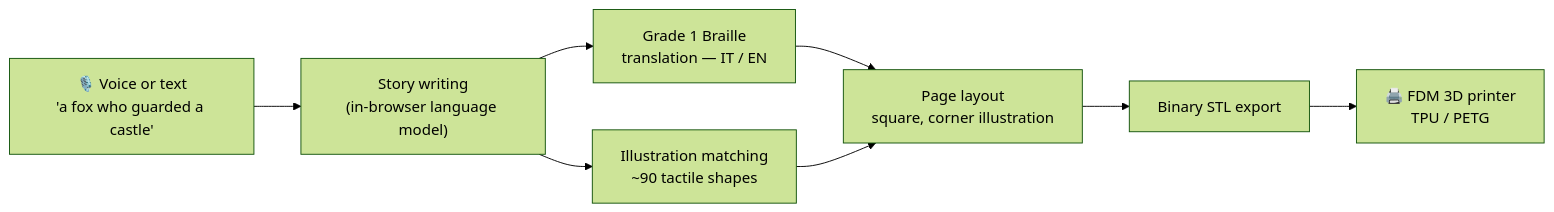
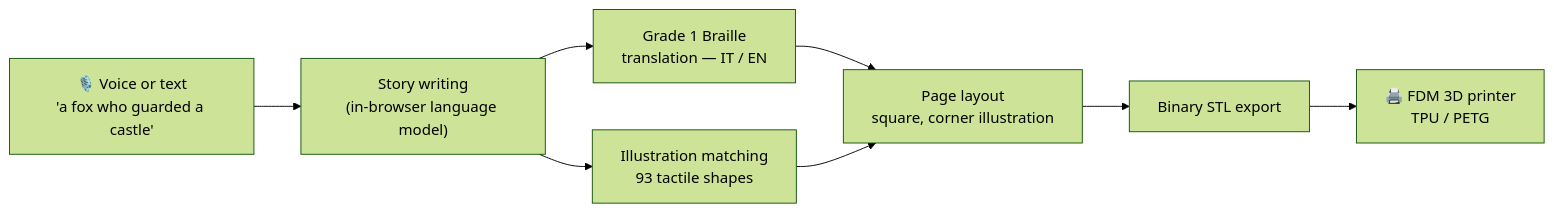
Before and after one commit to thatsfaso/tact: the diagram in README.md, drawn with Mermaid (forest theme). The commit also changed other lines of this file and 4 other files, not shown here.

````diff
--- a/README.md
+++ b/README.md
@@ -31,10 +31,10 @@
 ```mermaid
 flowchart LR
     A["🎙️ Voice or text\n'a fox who guarded a castle'"] --> B["Story writing\n(in-browser language model)"]
     B --> C["Grade 1 Braille\ntranslation — IT / EN"]
-    B --> D["Illustration matching\n~90 tactile shapes"]
+    B --> D["Illustration matching\n93 tactile shapes"]
     C --> E["Page layout\nsquare, corner illustration"]
     D --> E
     E --> F["Binary STL export"]
     F --> G["🖨️ FDM 3D printer\nTPU / PETG"]
 ```
````
